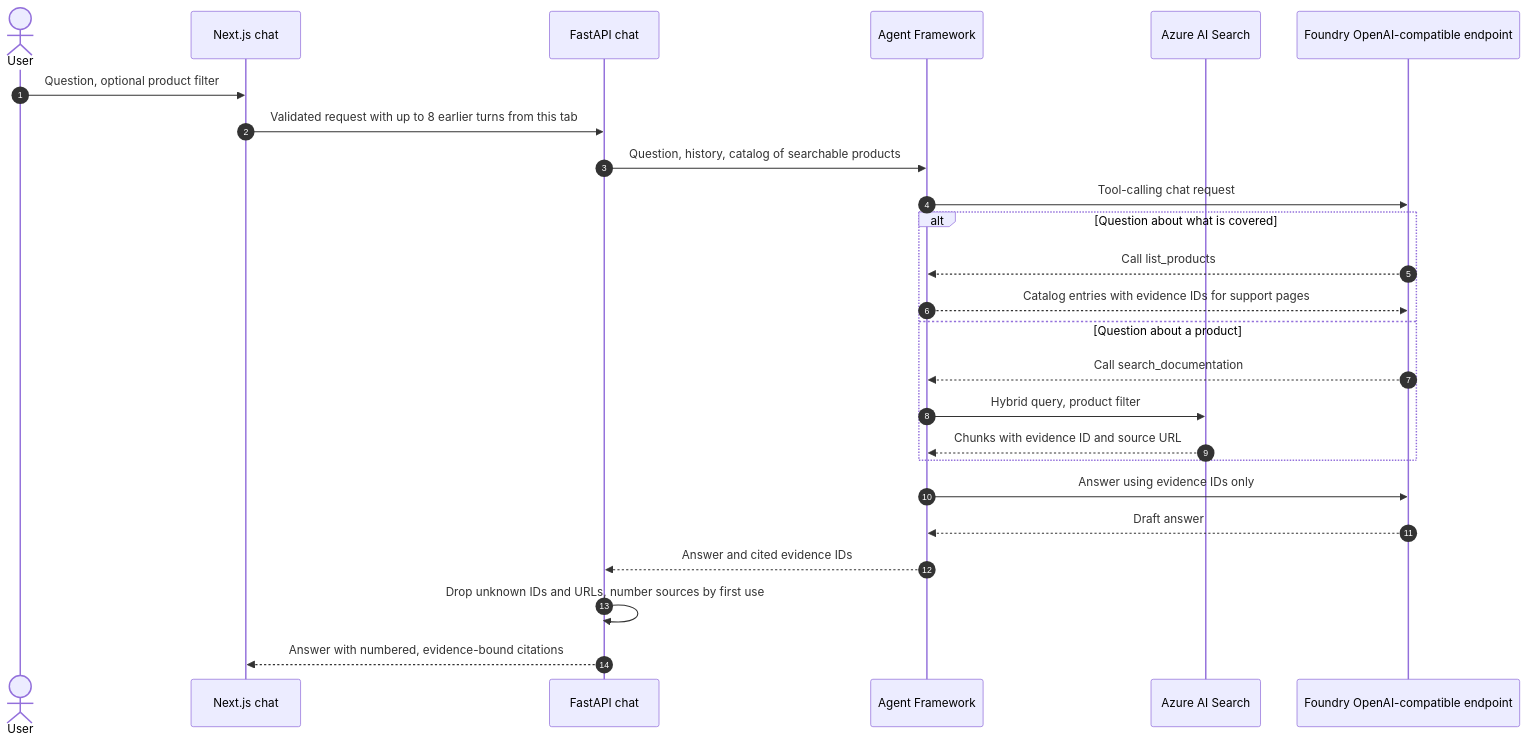
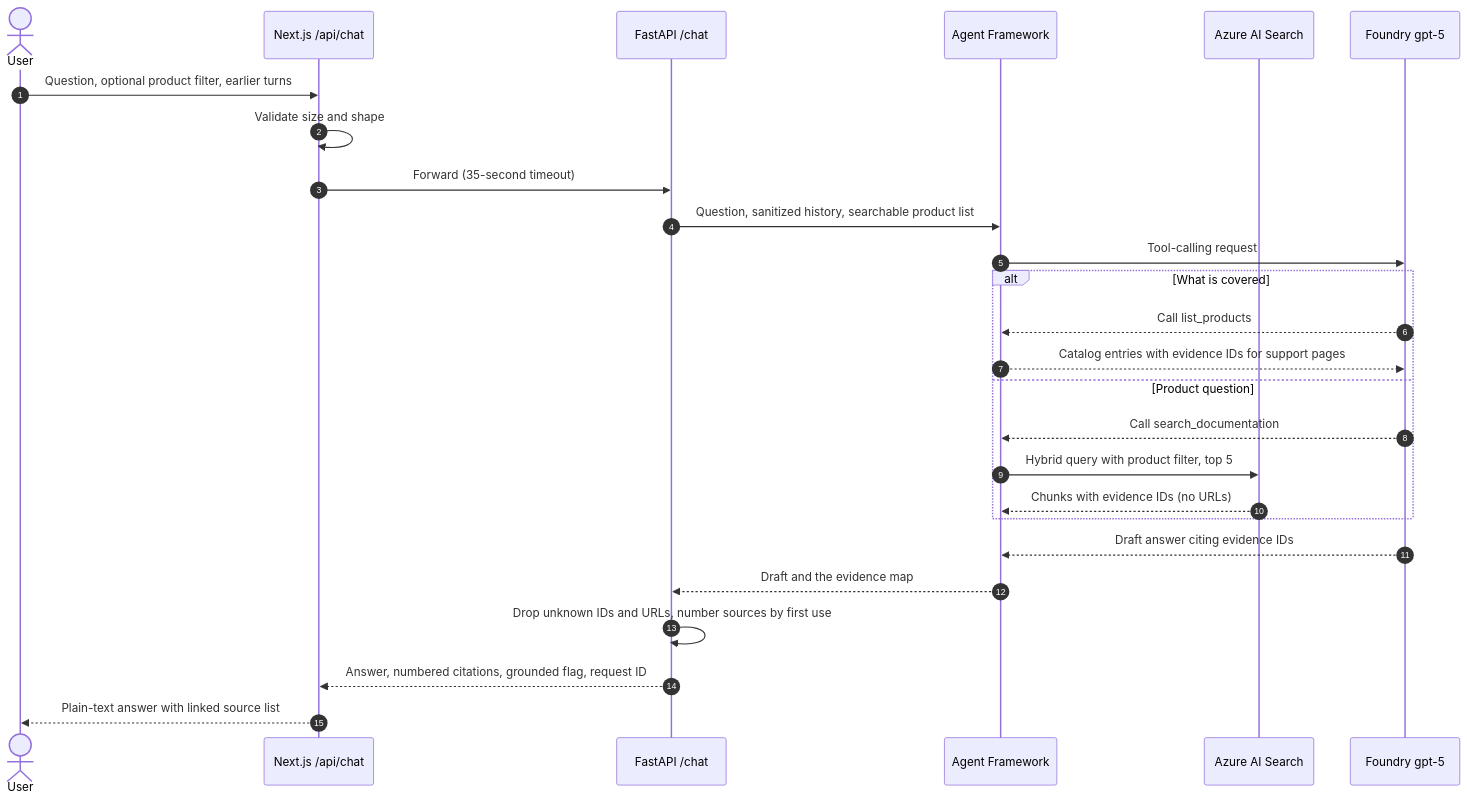
One commit to ubk1004/product-support-agent changed the fourth of 6 diagrams in docs/architecture/architecture-overview.md. Above: the diagram before and after it, drawn with Mermaid. The commit also changed other lines of this file and 58 other files, not shown here.

````diff
--- a/docs/architecture/architecture-overview.md
+++ b/docs/architecture/architecture-overview.md
@@ -256,28 +204,29 @@
 ```mermaid
 sequenceDiagram
     autonumber
     actor User
-    participant UI as Next.js chat
-    participant API as FastAPI chat
+    participant Web as Next.js /api/chat
+    participant API as FastAPI /chat
     participant Agent as Agent Framework
     participant Search as Azure AI Search
-    participant Foundry as Foundry OpenAI-compatible endpoint
+    participant Model as Foundry gpt-5
 
-    User->>UI: Question, optional product filter
-    UI->>API: Validated request with up to 8 earlier turns from this tab
-    API->>Agent: Question, history, catalog of searchable products
-    Agent->>Foundry: Tool-calling chat request
-    alt Question about what is covered
-        Foundry-->>Agent: Call list_products
-        Agent-->>Foundry: Catalog entries with evidence IDs for support pages
-    else Question about a product
-        Foundry-->>Agent: Call search_documentation
-        Agent->>Search: Hybrid query, product filter
-        Search-->>Agent: Chunks with evidence ID and source URL
+    User->>Web: Question, optional product filter, earlier turns
+    Web->>Web: Validate size and shape
+    Web->>API: Forward (35-second timeout)
+    API->>Agent: Question, sanitized history, searchable product list
+    Agent->>Model: Tool-calling request
+    alt What is covered
+        Model-->>Agent: Call list_products
+        Agent-->>Model: Catalog entries with evidence IDs for support pages
+    else Product question
+        Model-->>Agent: Call search_documentation
+        Agent->>Search: Hybrid query with product filter, top 5
+        Search-->>Agent: Chunks with evidence IDs (no URLs)
     end
-    Agent->>Foundry: Answer using evidence IDs only
-    Foundry-->>Agent: Draft answer
-    Agent-->>API: Answer and cited evidence IDs
+    Model-->>Agent: Draft answer citing evidence IDs
+    Agent-->>API: Draft and the evidence map
     API->>API: Drop unknown IDs and URLs, number sources by first use
-    API-->>UI: Answer with numbered, evidence-bound citations
+    API-->>Web: Answer, numbered citations, grounded flag, request ID
+    Web-->>User: Plain-text answer with linked source list
 ```
````
